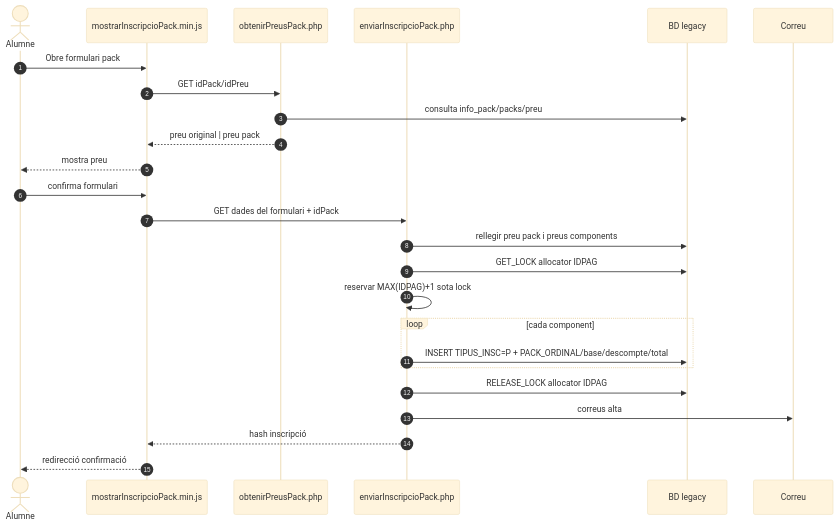
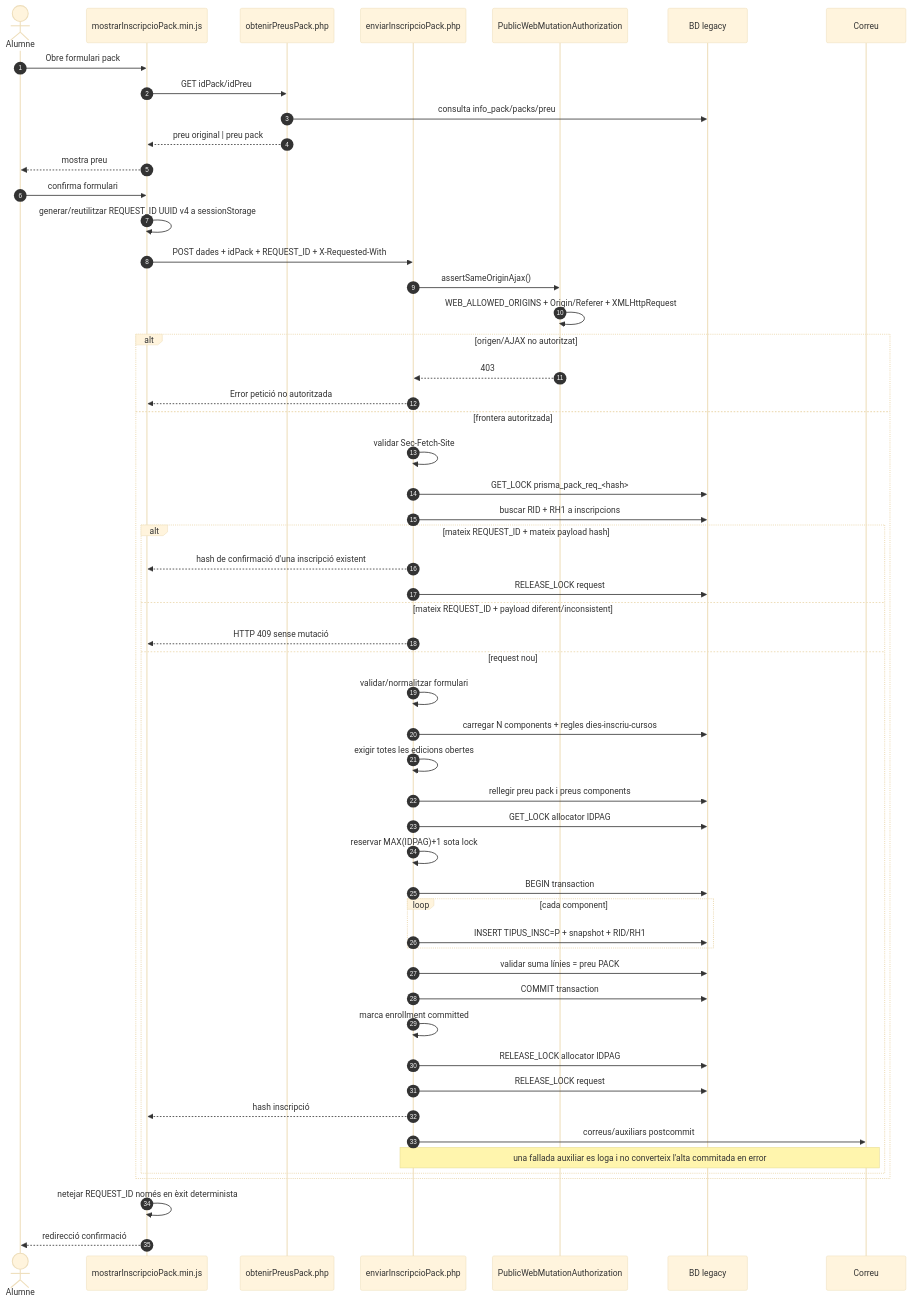
The first of 4 diagrams in documentacio/07-uml-integrat/uc-015-sequencies-actual-final.md (orgmeriemprismacat-del/verifactu), drawn with Mermaid (base theme) before and after one commit. The commit also changed other lines of this file and 49 other files, not shown here.

````diff
--- a/documentacio/07-uml-integrat/uc-015-sequencies-actual-final.md
+++ b/documentacio/07-uml-integrat/uc-015-sequencies-actual-final.md
@@ -7,28 +7,57 @@
 ```mermaid
 sequenceDiagram
 autonumber
 actor U as Alumne
 participant JS as mostrarInscripcioPack.min.js
 participant Price as obtenirPreusPack.php
 participant Alta as enviarInscripcioPack.php
+participant Auth as PublicWebMutationAuthorization
 participant DB as BD legacy
 participant Mail as Correu
 
 U->>JS: Obre formulari pack
 JS->>Price: GET idPack/idPreu
 Price->>DB: consulta info_pack/packs/preu
 Price-->>JS: preu original | preu pack
 JS-->>U: mostra preu
 U->>JS: confirma formulari
-JS->>Alta: GET dades del formulari + idPack
-Alta->>DB: rellegir preu pack i preus components
-Alta->>DB: GET_LOCK allocator IDPAG
-Alta->>Alta: reservar MAX(IDPAG)+1 sota lock
-loop cada component
- Alta->>DB: INSERT TIPUS_INSC=P + PACK_ORDINAL/base/descompte/total
+JS->>JS: generar/reutilitzar REQUEST_ID UUID v4 a sessionStorage
+JS->>Alta: POST dades + idPack + REQUEST_ID + X-Requested-With
+Alta->>Auth: assertSameOriginAjax()
+Auth->>Auth: WEB_ALLOWED_ORIGINS + Origin/Referer + XMLHttpRequest
+alt origen/AJAX no autoritzat
+ Auth-->>Alta: 403
+ Alta-->>JS: Error petició no autoritzada
+else frontera autoritzada
+ Alta->>Alta: validar Sec-Fetch-Site
+ Alta->>DB: GET_LOCK prisma_pack_req_<hash>
+Alta->>DB: buscar RID + RH1 a inscripcions
+alt mateix REQUEST_ID + mateix payload hash
+ Alta-->>JS: hash de confirmació d'una inscripció existent
+ Alta->>DB: RELEASE_LOCK request
+else mateix REQUEST_ID + payload diferent/inconsistent
+ Alta-->>JS: HTTP 409 sense mutació
+else request nou
+ Alta->>Alta: validar/normalitzar formulari
+ Alta->>DB: carregar N components + regles dies-inscriu-cursos
+ Alta->>Alta: exigir totes les edicions obertes
+ Alta->>DB: rellegir preu pack i preus components
+ Alta->>DB: GET_LOCK allocator IDPAG
+ Alta->>Alta: reservar MAX(IDPAG)+1 sota lock
+ Alta->>DB: BEGIN transaction
+ loop cada component
+  Alta->>DB: INSERT TIPUS_INSC=P + snapshot + RID/RH1
+ end
+ Alta->>DB: validar suma línies = preu PACK
+ Alta->>DB: COMMIT transaction
+ Alta->>Alta: marca enrollment committed
+ Alta->>DB: RELEASE_LOCK allocator IDPAG
+ Alta->>DB: RELEASE_LOCK request
+ Alta-->>JS: hash inscripció
+ Alta->>Mail: correus/auxiliars postcommit
+ Note over Alta,Mail: una fallada auxiliar es loga i no converteix l'alta commitada en error
 end
-Alta->>DB: RELEASE_LOCK allocator IDPAG
-Alta->>Mail: correus alta
-Alta-->>JS: hash inscripció
+end
+JS->>JS: netejar REQUEST_ID només en èxit determinista
 JS-->>U: redirecció confirmació
 ```
````
